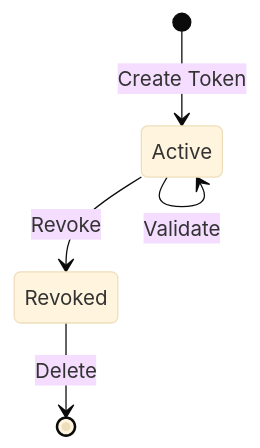
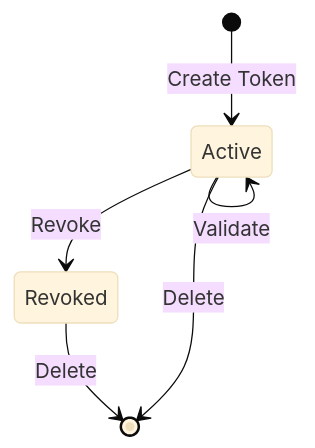
The diagram in docs/developer/concepts/01-authentication.md (AtomiCloud/sulfone.zinc), drawn with Mermaid (base theme) before and after one commit. The commit also changed other lines of this file and 31 other files, not shown here.

````diff
--- a/docs/developer/concepts/01-authentication.md
+++ b/docs/developer/concepts/01-authentication.md
@@ -44,7 +45,8 @@
 ```mermaid
 stateDiagram-v2
     [*] --> Active: Create Token
     Active --> Revoked: Revoke
     Revoked --> [*]: Delete
+    Active --> [*]: Delete
     Active --> Active: Validate
 ```
````
